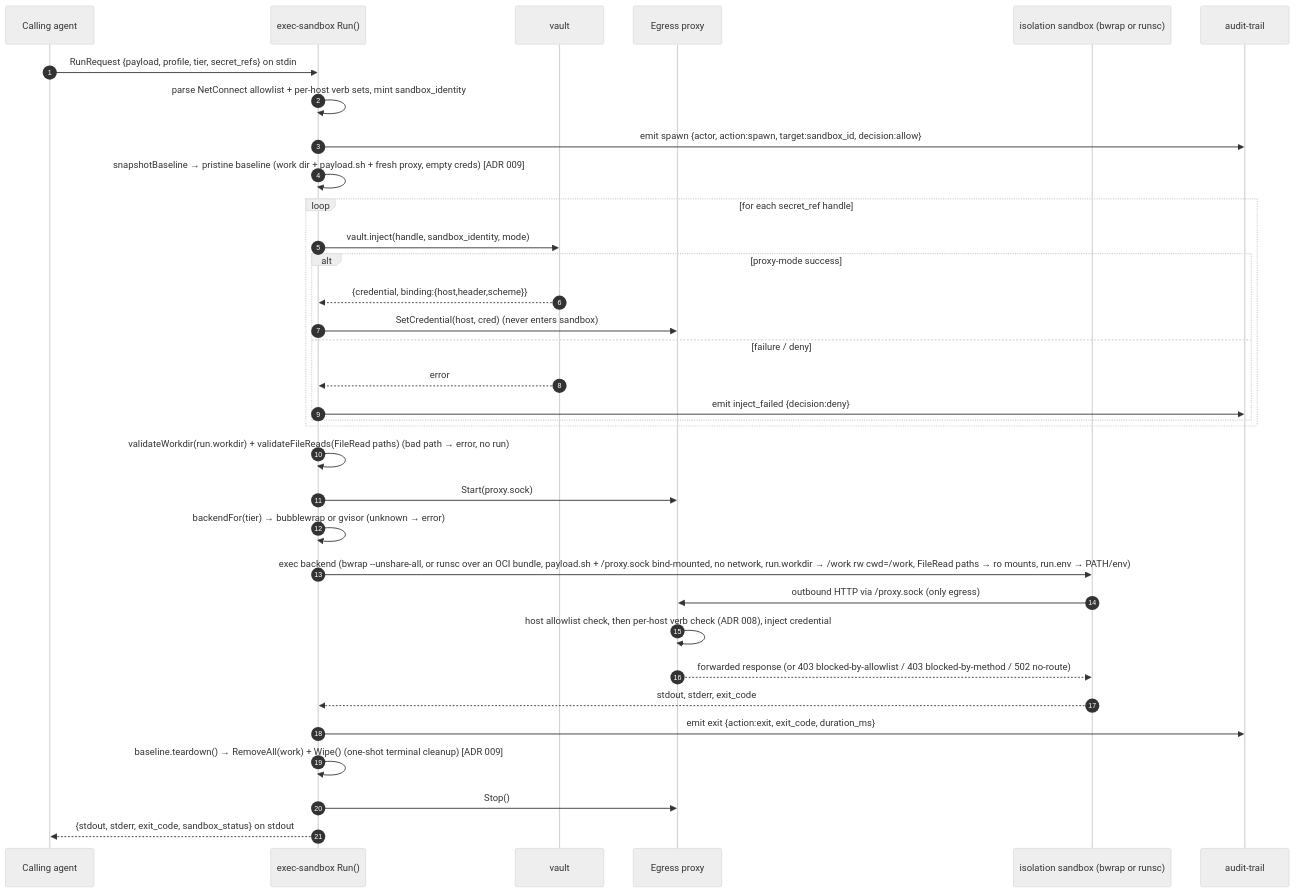
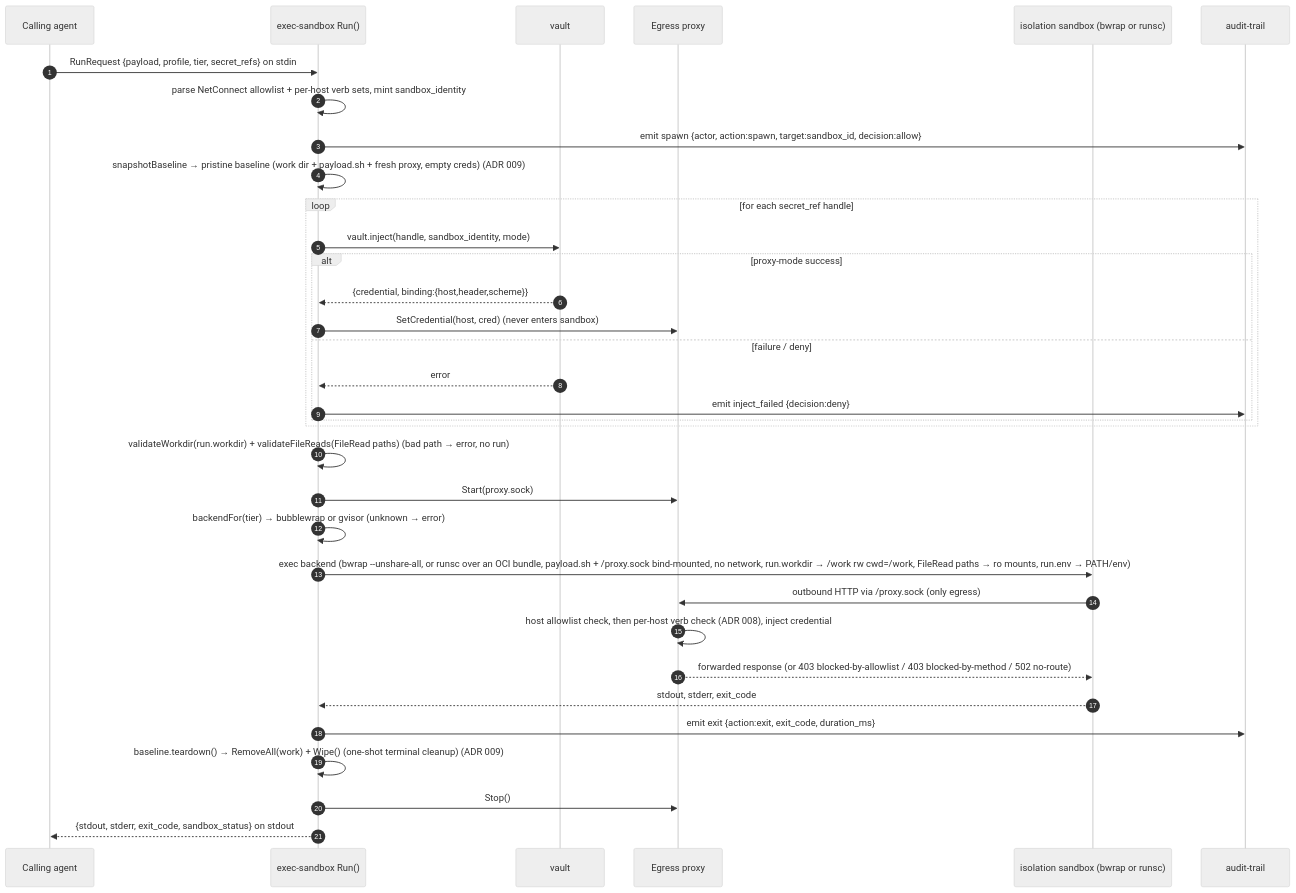
One commit to tkdtaylor/exec-sandbox changed the fourth of 4 diagrams in docs/architecture/diagrams.md. Above: the diagram before and after it, drawn with Mermaid (neutral theme).

Commit message:
docs: fix Mermaid diagrams so GitHub renders — brackets/parens in sequence messages + edge labels the new linter caught [allow-main]

````diff
--- a/docs/architecture/diagrams.md
+++ b/docs/architecture/diagrams.md
@@ -109,37 +109,37 @@
 ```mermaid
 sequenceDiagram
     autonumber
     participant Agent as Calling agent
     participant Run as exec-sandbox Run()
     participant Vault as vault
     participant Proxy as Egress proxy
     participant Sbx as isolation sandbox (bwrap or runsc)
     participant Audit as audit-trail
 
     Agent->>Run: RunRequest {payload, profile, tier, secret_refs} on stdin
     Run->>Run: parse NetConnect allowlist + per-host verb sets, mint sandbox_identity
     Run->>Audit: emit spawn {actor, action:spawn, target:sandbox_id, decision:allow}
-    Run->>Run: snapshotBaseline → pristine baseline (work dir + payload.sh + fresh proxy, empty creds) [ADR 009]
+    Run->>Run: snapshotBaseline → pristine baseline (work dir + payload.sh + fresh proxy, empty creds) (ADR 009)
     loop for each secret_ref handle
         Run->>Vault: vault.inject(handle, sandbox_identity, mode)
         alt proxy-mode success
             Vault-->>Run: {credential, binding:{host,header,scheme}}
             Run->>Proxy: SetCredential(host, cred) (never enters sandbox)
         else failure / deny
             Vault-->>Run: error
             Run->>Audit: emit inject_failed {decision:deny}
         end
     end
     Run->>Run: validateWorkdir(run.workdir) + validateFileReads(FileRead paths) (bad path → error, no run)
     Run->>Proxy: Start(proxy.sock)
     Run->>Run: backendFor(tier) → bubblewrap or gvisor (unknown → error)
     Run->>Sbx: exec backend (bwrap --unshare-all, or runsc over an OCI bundle, payload.sh + /proxy.sock bind-mounted, no network, run.workdir → /work rw cwd=/work, FileRead paths → ro mounts, run.env → PATH/env)
     Sbx->>Proxy: outbound HTTP via /proxy.sock (only egress)
     Proxy->>Proxy: host allowlist check, then per-host verb check (ADR 008), inject credential
     Proxy-->>Sbx: forwarded response (or 403 blocked-by-allowlist / 403 blocked-by-method / 502 no-route)
     Sbx-->>Run: stdout, stderr, exit_code
     Run->>Audit: emit exit {action:exit, exit_code, duration_ms}
-    Run->>Run: baseline.teardown() → RemoveAll(work) + Wipe() (one-shot terminal cleanup) [ADR 009]
+    Run->>Run: baseline.teardown() → RemoveAll(work) + Wipe() (one-shot terminal cleanup) (ADR 009)
     Run->>Proxy: Stop()
     Run-->>Agent: {stdout, stderr, exit_code, sandbox_status} on stdout
 ```
````
